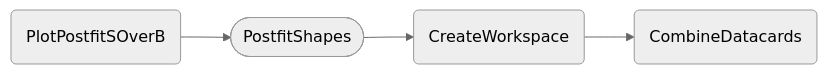
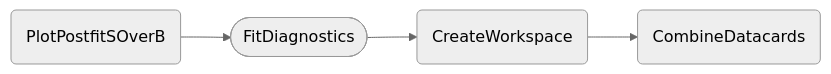
One commit to cms-hh/inference_tools changed the diagram in docs/content/tasks/postfit.md. Above: the diagram before and after it, drawn with Mermaid (neutral theme). The commit also changed other lines of this file and 4 other files, not shown here.

Commit message:
Rename PostFitShapes to FitDiagnostics task.

````diff
--- a/docs/content/tasks/postfit.md
+++ b/docs/content/tasks/postfit.md
@@ -26,6 +26,6 @@
 ```mermaid
     graph LR;
-    A(PlotPostfitSOverB) --> B([PostfitShapes]);
+    A(PlotPostfitSOverB) --> B([FitDiagnostics]);
     B --> C(CreateWorkspace);
     C --> D(CombineDatacards);
 ```
````
